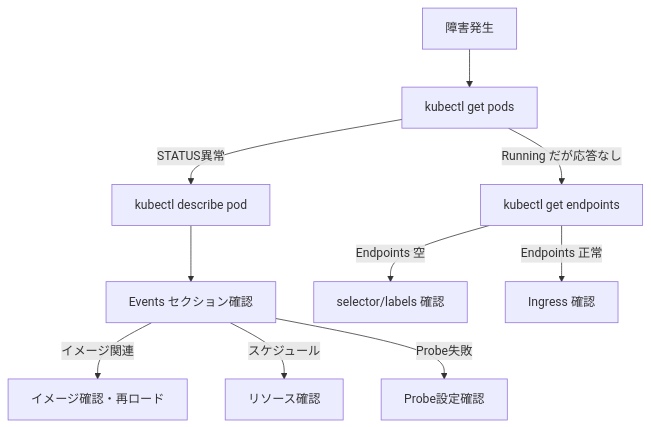
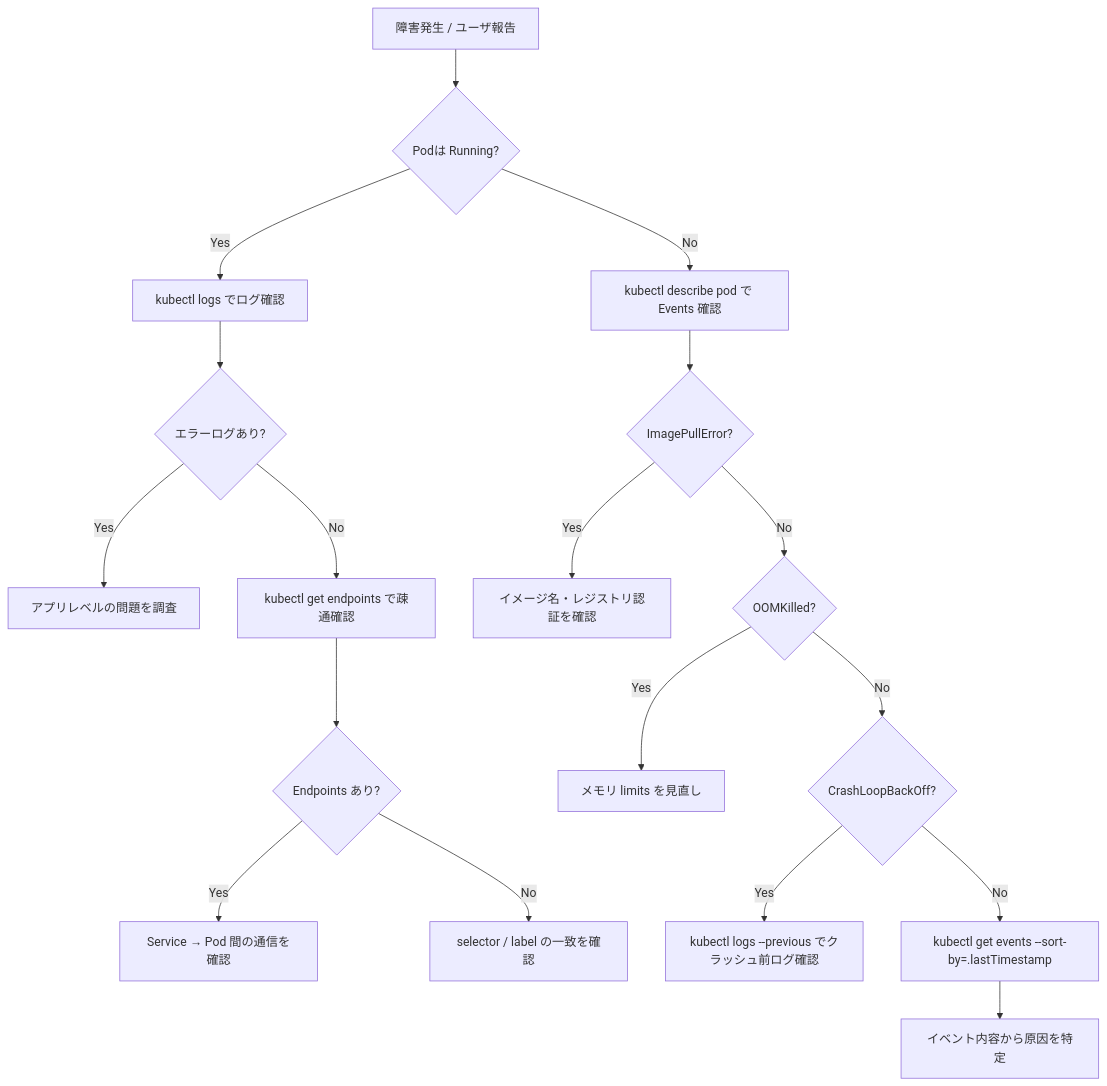
The diagram in step12-failure-drill/README.md (NAGA-29/K8s-Learn), drawn with Mermaid before and after one commit. The commit also changed other lines of this file and 7 other files, not shown here.

````diff
--- a/step12-failure-drill/README.md
+++ b/step12-failure-drill/README.md
@@ -22,12 +34,20 @@
 ```mermaid
 flowchart TD
-    Start[障害発生] --> GetPods[kubectl get pods]
-    GetPods --> |STATUS異常| Describe[kubectl describe pod]
-    GetPods --> |Running だが応答なし| CheckSvc[kubectl get endpoints]
-    Describe --> Events[Events セクション確認]
-    Events --> |イメージ関連| FixImage[イメージ確認・再ロード]
-    Events --> |スケジュール| FixResources[リソース確認]
-    Events --> |Probe失敗| FixProbe[Probe設定確認]
-    CheckSvc --> |Endpoints 空| FixSelector[selector/labels 確認]
-    CheckSvc --> |Endpoints 正常| CheckIngress[Ingress 確認]
+    A[障害発生 / ユーザ報告] --> B{Podは Running?}
+    B -- Yes --> C[kubectl logs でログ確認]
+    B -- No --> D[kubectl describe pod で Events 確認]
+    C --> E{エラーログあり?}
+    E -- Yes --> F[アプリレベルの問題を調査]
+    E -- No --> G[kubectl get endpoints で疎通確認]
+    D --> H{ImagePullError?}
+    H -- Yes --> I[イメージ名・レジストリ認証を確認]
+    H -- No --> J{OOMKilled?}
+    J -- Yes --> K[メモリ limits を見直し]
+    J -- No --> L{CrashLoopBackOff?}
+    L -- Yes --> M[kubectl logs --previous でクラッシュ前ログ確認]
+    L -- No --> N[kubectl get events --sort-by=.lastTimestamp]
+    G --> O{Endpoints あり?}
+    O -- Yes --> P[Service → Pod 間の通信を確認]
+    O -- No --> Q[selector / label の一致を確認]
+    N --> R[イベント内容から原因を特定]
 ```
````
